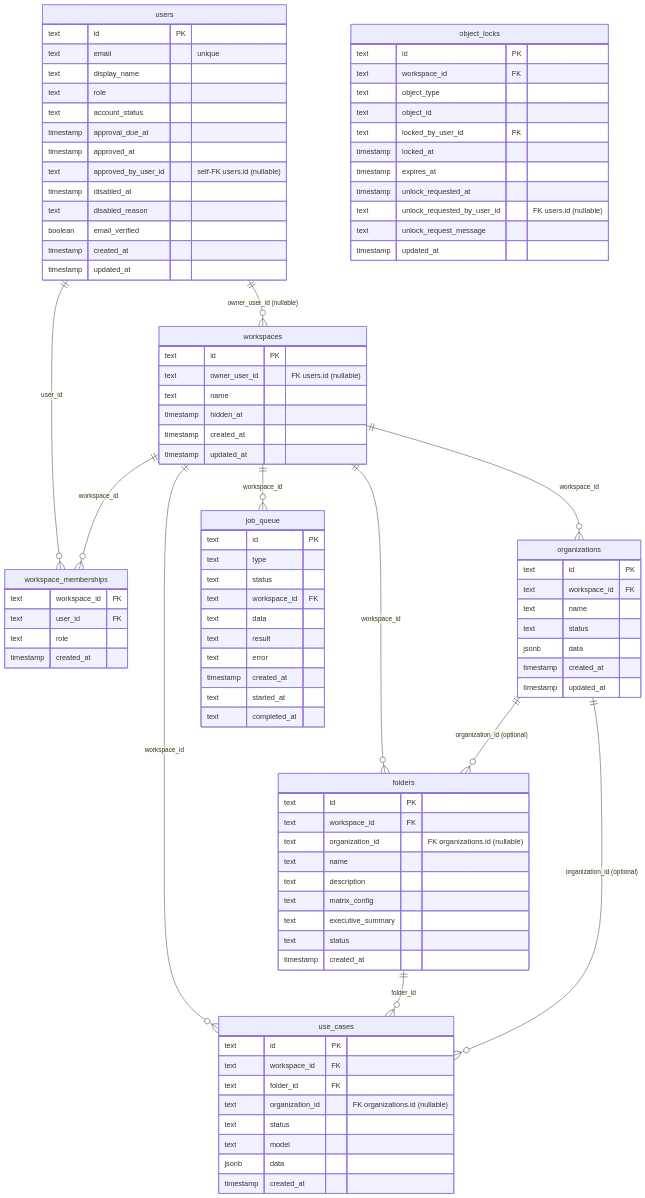
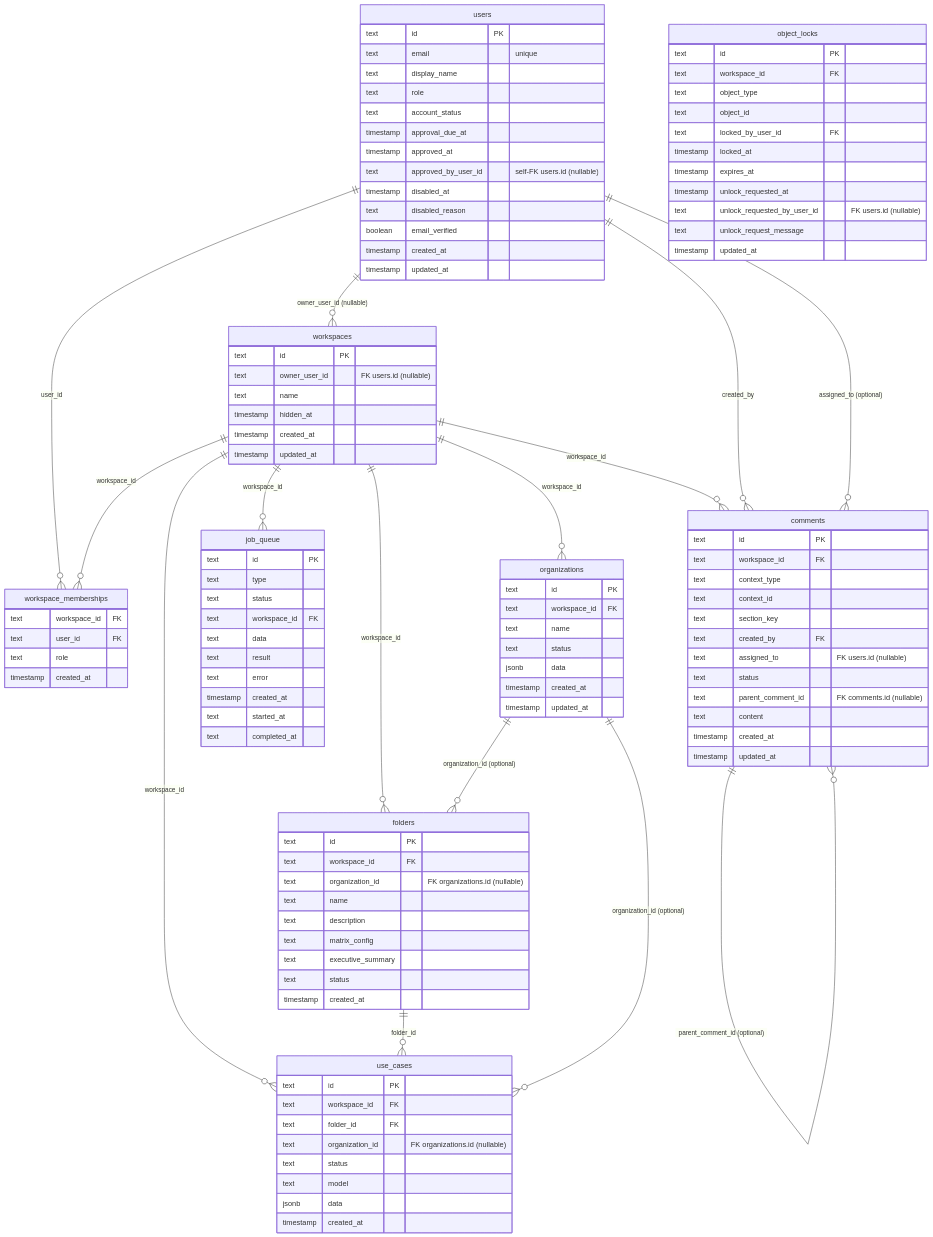
The first of 3 diagrams in spec/DATA_MODEL.md (rhanka/sentropic), drawn with Mermaid before and after one commit. The commit also changed other lines of this file and 5 other files, not shown here.

````diff
--- a/spec/DATA_MODEL.md
+++ b/spec/DATA_MODEL.md
@@ -15,10 +15,14 @@
     workspaces ||--o{ folders : "workspace_id"
     workspaces ||--o{ use_cases : "workspace_id"
     workspaces ||--o{ job_queue : "workspace_id"
+    workspaces ||--o{ comments : "workspace_id"
 
     organizations ||--o{ folders : "organization_id (optional)"
     folders ||--o{ use_cases : "folder_id"
     organizations ||--o{ use_cases : "organization_id (optional)"
+    users ||--o{ comments : "created_by"
+    users ||--o{ comments : "assigned_to (optional)"
+    comments ||--o{ comments : "parent_comment_id (optional)"
 
     workspaces {
         text id PK
@@ -111,4 +115,19 @@
         text unlock_request_message
         timestamp updated_at
     }
+
+    comments {
+        text id PK
+        text workspace_id FK
+        text context_type
+        text context_id
+        text section_key
+        text created_by FK
+        text assigned_to "FK users.id (nullable)"
+        text status
+        text parent_comment_id "FK comments.id (nullable)"
+        text content
+        timestamp created_at
+        timestamp updated_at
+    }
 ```
````
